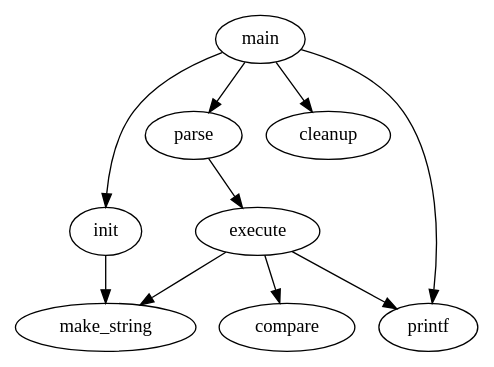
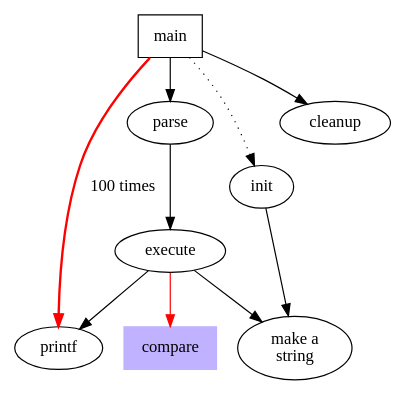
Before and after one commit to greatgauss/graphviz_script: the diagram in exam.dot, drawn with Graphviz.

Commit message:
Examples of Property

```diff
--- a/exam.dot
+++ b/exam.dot
@@ -1,10 +1,15 @@
 digraph G {
-    main -> parse -> execute;
-    main -> init;
+    size="4,4";
+    main [shape=box]; /*注释*/
+    main -> parse [weight=8];
+    parse -> execute;
+    main -> init [style=dotted];
     main -> cleanup;
-    execute -> make_string;
-    execute -> printf;
+    execute -> {make_string; printf}
     init -> make_string;
-    main -> printf;
+    edge [color=red];
+    main -> printf [style=bold,label="100 times"];
+    make_string [label="make a\nstring"];
+    node [shape=box, style=filled, color=".7 .3 1.0"];
     execute -> compare;
 }
```
